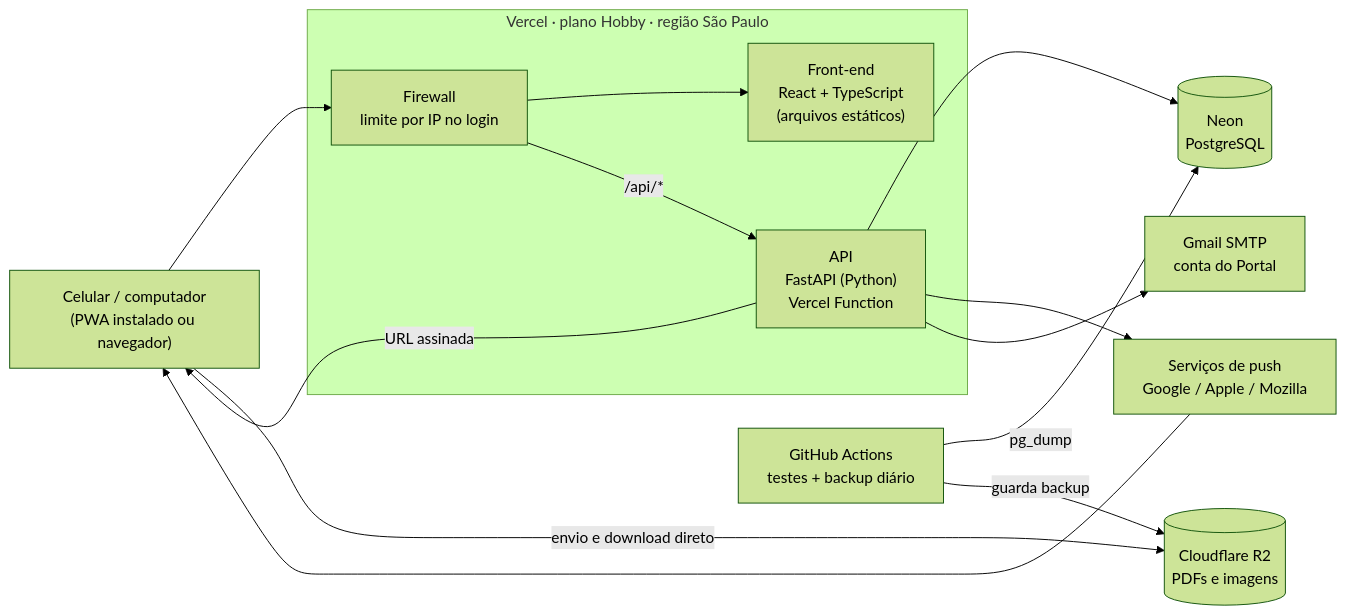
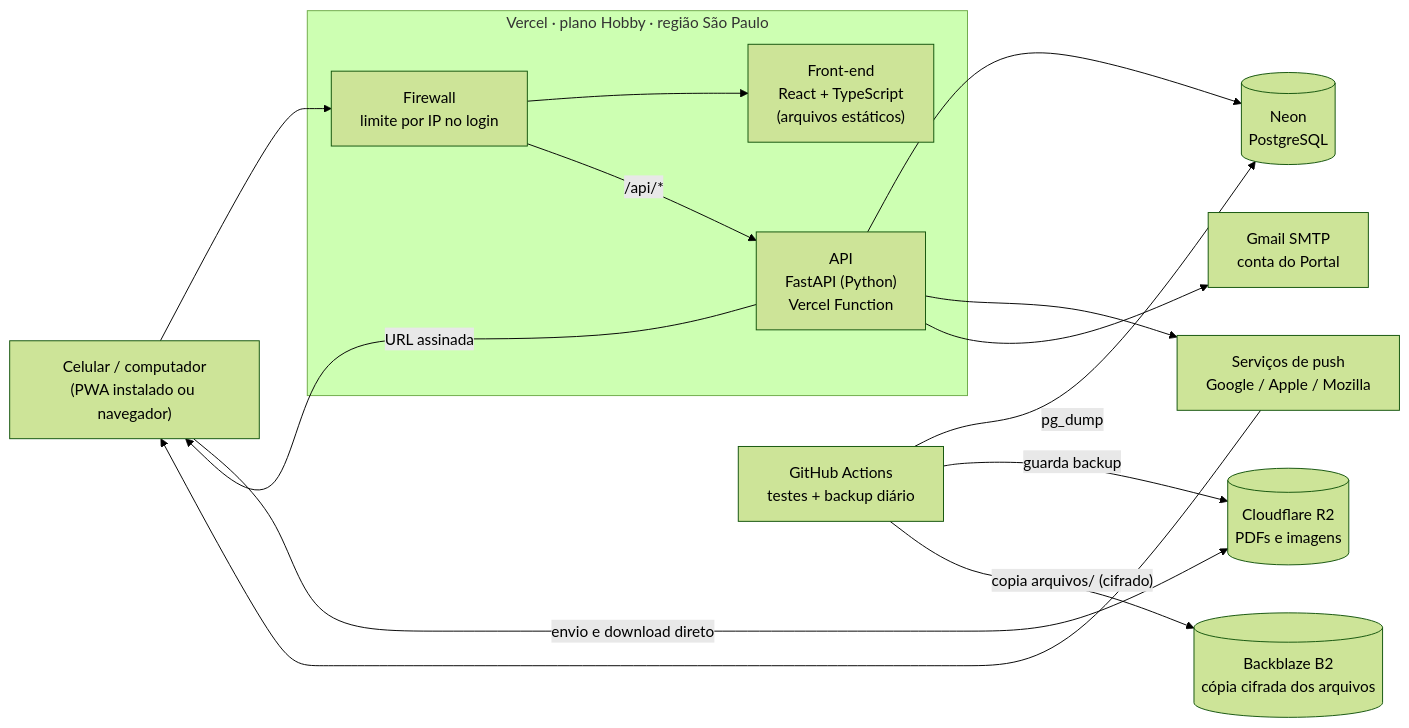
One commit to ErickSantos2002/portal-capibaribe-prime changed the diagram in docs/05-arquitetura.md. Above: the diagram before and after it, drawn with Mermaid (forest theme). The commit also changed other lines of this file and 6 other files, not shown here.

First line of the commit message:
docs: M3 no modelo, na arquitetura, no roadmap e no README; dúvidas do contrato

````diff
--- a/docs/05-arquitetura.md
+++ b/docs/05-arquitetura.md
@@ -16,27 +16,29 @@
 ```mermaid
 flowchart LR
     cel["Celular / computador<br/>(PWA instalado ou navegador)"]
 
     subgraph vercel["Vercel · plano Hobby · região São Paulo"]
         waf["Firewall<br/>limite por IP no login"]
         web["Front-end<br/>React + TypeScript<br/>(arquivos estáticos)"]
         api["API<br/>FastAPI (Python)<br/>Vercel Function"]
     end
 
     neon[("Neon<br/>PostgreSQL")]
     r2[("Cloudflare R2<br/>PDFs e imagens")]
     push["Serviços de push<br/>Google / Apple / Mozilla"]
     gmail["Gmail SMTP<br/>conta do Portal"]
     gh["GitHub Actions<br/>testes + backup diário"]
 
     cel --> waf
     waf --> web
     waf -->|"/api/*"| api
     api --> neon
     api -->|"URL assinada"| cel
     cel -->|"envio e download direto"| r2
     api --> push --> cel
     api --> gmail
     gh -->|"pg_dump"| neon
     gh -->|"guarda backup"| r2
+    b2[("Backblaze B2<br/>cópia cifrada dos arquivos")]
+    gh -->|"copia arquivos/ (cifrado)"| b2
 ```
````
